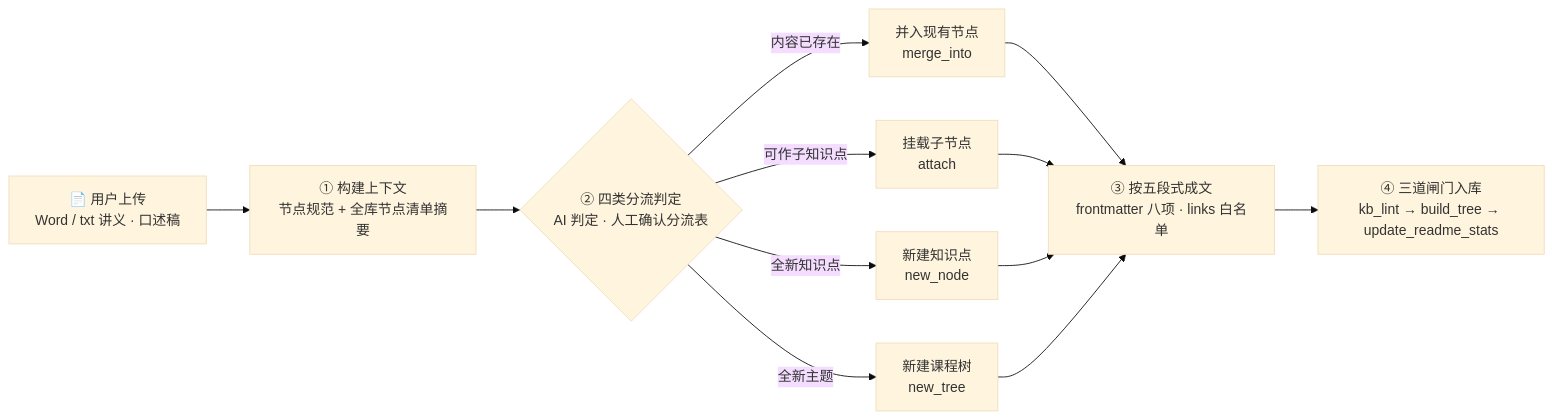
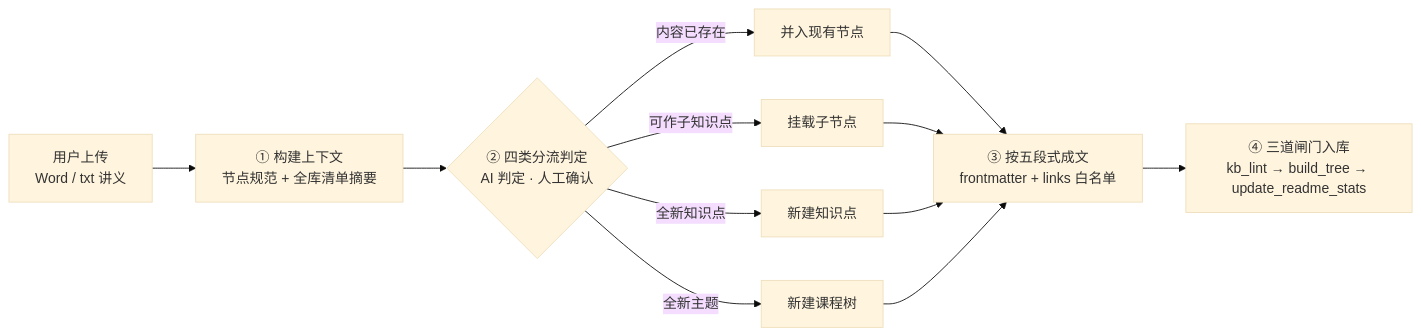
Before and after one commit to Baixiaodou/comm-knowledge-graph: the eighth of 8 diagrams in README.md, drawn with Mermaid (base theme). The commit also changed other lines of this file and 1 other file, not shown here.

````diff
--- a/README.md
+++ b/README.md
@@ -637,14 +430,14 @@
 ```mermaid
 flowchart LR
-    U["📄 用户上传<br/>Word / txt 讲义 · 口述稿"] --> S["① 构建上下文<br/>节点规范 + 全库节点清单摘要"]
-    S --> C{"② 四类分流判定<br/>AI 判定 · 人工确认分流表"}
-    C -->|内容已存在| M["并入现有节点<br/>merge_into"]
-    C -->|可作子知识点| A["挂载子节点<br/>attach"]
-    C -->|全新知识点| N["新建知识点<br/>new_node"]
-    C -->|全新主题| T["新建课程树<br/>new_tree"]
-    M --> W["③ 按五段式成文<br/>frontmatter 八项 · links 白名单"]
+    U["用户上传<br/>Word / txt 讲义"] --> S["① 构建上下文<br/>节点规范 + 全库清单摘要"]
+    S --> C{"② 四类分流判定<br/>AI 判定 · 人工确认"}
+    C -->|内容已存在| M["并入现有节点"]
+    C -->|可作子知识点| A["挂载子节点"]
+    C -->|全新知识点| N["新建知识点"]
+    C -->|全新主题| T["新建课程树"]
+    M --> W["③ 按五段式成文<br/>frontmatter + links 白名单"]
     A --> W
     N --> W
     T --> W
     W --> G["④ 三道闸门入库<br/>kb_lint → build_tree → update_readme_stats"]
 ```
````
